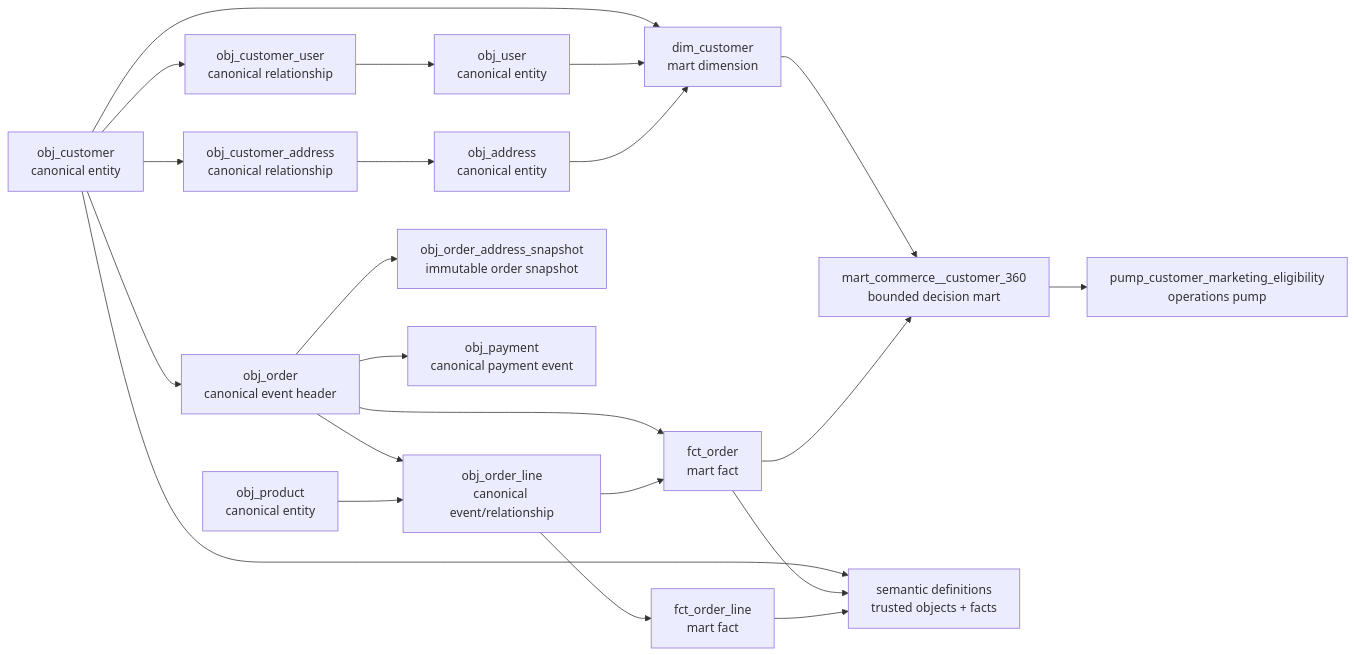
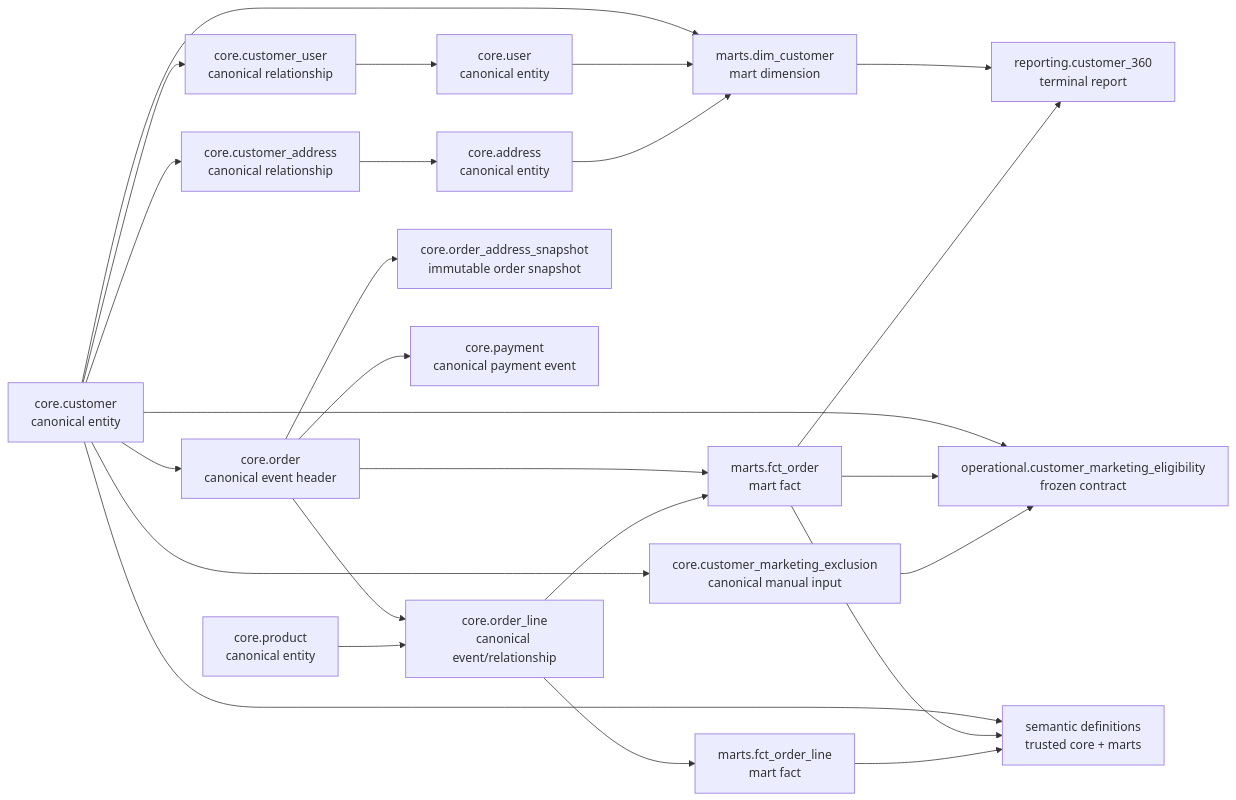
The second of 2 diagrams in docs/architecture.md (Nivoda/data-dbt-jaffle-shop), drawn with Mermaid before and after one commit. The commit also changed other lines of this file and 78 other files, not shown here.

````diff
--- a/docs/architecture.md
+++ b/docs/architecture.md
@@ -291,39 +359,43 @@
 ```mermaid
 flowchart LR
-  customer["obj_customer<br/>canonical entity"]
-  product["obj_product<br/>canonical entity"]
-  order["obj_order<br/>canonical event header"]
-  line["obj_order_line<br/>canonical event/relationship"]
-  user["obj_user<br/>canonical entity"]
-  customer_user["obj_customer_user<br/>canonical relationship"]
-  address["obj_address<br/>canonical entity"]
-  customer_address["obj_customer_address<br/>canonical relationship"]
-  order_address["obj_order_address_snapshot<br/>immutable order snapshot"]
-  payment["obj_payment<br/>canonical payment event"]
-  dim_customer["dim_customer<br/>mart dimension"]
-  order_fact["fct_order<br/>mart fact"]
-  line_fact["fct_order_line<br/>mart fact"]
-  c360["mart_commerce__customer_360<br/>bounded decision mart"]
-  pump["pump_customer_marketing_eligibility<br/>operations pump"]
-  semantic["semantic definitions<br/>trusted objects + facts"]
+  customer["core.customer<br/>canonical entity"]
+  product["core.product<br/>canonical entity"]
+  order["core.order<br/>canonical event header"]
+  line["core.order_line<br/>canonical event/relationship"]
+  user["core.user<br/>canonical entity"]
+  customer_user["core.customer_user<br/>canonical relationship"]
+  address["core.address<br/>canonical entity"]
+  customer_address["core.customer_address<br/>canonical relationship"]
+  order_address["core.order_address_snapshot<br/>immutable order snapshot"]
+  payment["core.payment<br/>canonical payment event"]
+  exclusion["core.customer_marketing_exclusion<br/>canonical manual input"]
+  dim_customer["marts.dim_customer<br/>mart dimension"]
+  order_fact["marts.fct_order<br/>mart fact"]
+  line_fact["marts.fct_order_line<br/>mart fact"]
+  c360["reporting.customer_360<br/>terminal report"]
+  elig["operational.customer_marketing_eligibility<br/>frozen contract"]
+  semantic["semantic definitions<br/>trusted core + marts"]
 
   customer --> order
   customer --> customer_user --> user
   customer --> customer_address --> address
+  customer --> exclusion
   order --> order_address
   order --> line
   product --> line
   order --> payment
   order --> order_fact
   line --> order_fact
   line --> line_fact
   customer --> dim_customer
   user --> dim_customer
   address --> dim_customer
   dim_customer --> c360
   order_fact --> c360
-  c360 --> pump
+  customer --> elig
+  order_fact --> elig
+  exclusion --> elig
   customer --> semantic
   order_fact --> semantic
   line_fact --> semantic
 ```
````
